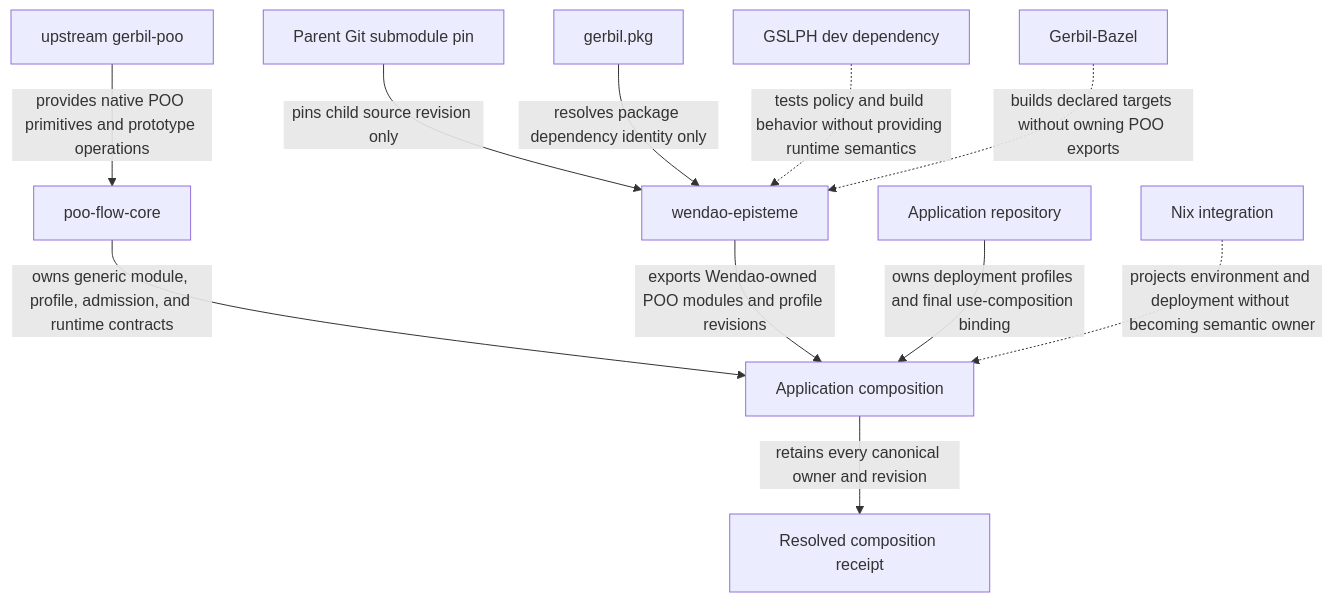
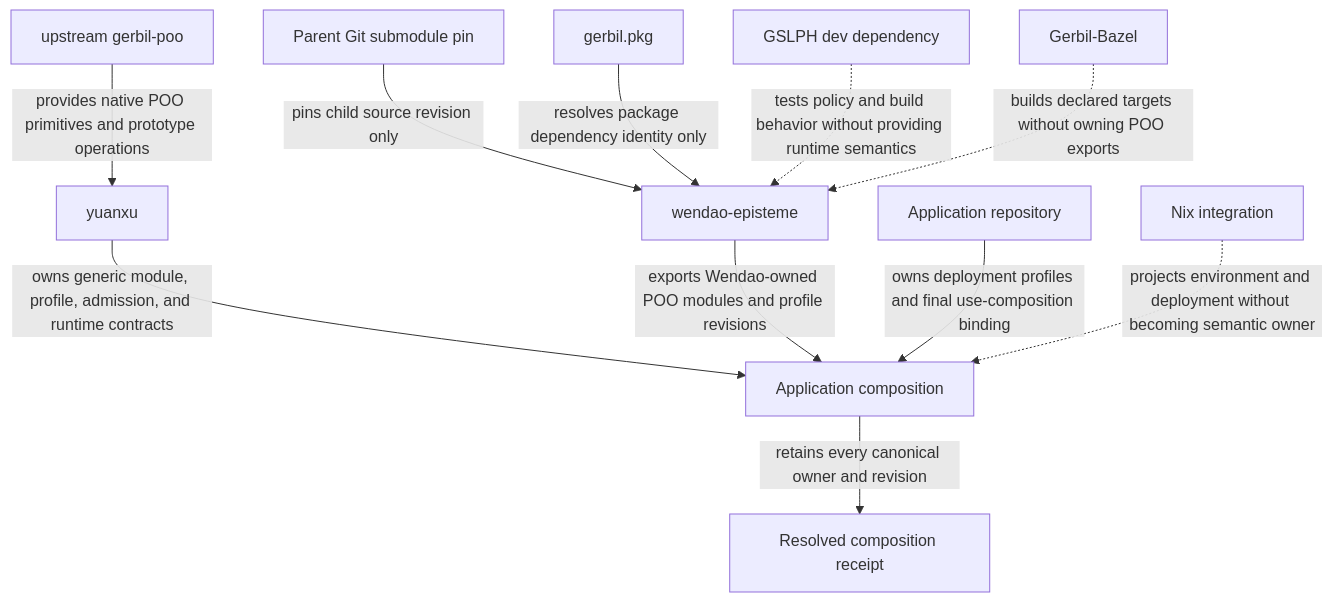
Before and after one commit to tao3k/gebril-yuanxu: the second of 3 diagrams in module-system/design/45-111-profile-ownership-naming-export-identity-and-composition-repository-boundaries.org, drawn with Mermaid. The commit also changed other lines of this file and 114 other files, not shown here.

```diff
--- a/module-system/design/45-111-profile-ownership-naming-export-identity-and-composition-repository-boundaries.org
+++ b/module-system/design/45-111-profile-ownership-naming-export-identity-and-composition-repository-boundaries.org
@@ -424,13 +424,13 @@
 #+begin_src mermaid
 flowchart TD
-  GP["upstream gerbil-poo"] -->|"provides native POO primitives and prototype operations"| PC["poo-flow-core"]
+  GP["upstream gerbil-poo"] -->|"provides native POO primitives and prototype operations"| PC["yuanxu"]
   PC -->|"owns generic module, profile, admission, and runtime contracts"| APP["Application composition"]
   WE["wendao-episteme"] -->|"exports Wendao-owned POO modules and profile revisions"| APP
   AR["Application repository"] -->|"owns deployment profiles and final use-composition binding"| APP
   SUB["Parent Git submodule pin"] -->|"pins child source revision only"| WE
   GPKG["gerbil.pkg"] -->|"resolves package dependency identity only"| WE
   GSLPH["GSLPH dev dependency"] -.->|"tests policy and build behavior without providing runtime semantics"| WE
   GB["Gerbil-Bazel"] -.->|"builds declared targets without owning POO exports"| WE
   NIX["Nix integration"] -.->|"projects environment and deployment without becoming semantic owner"| APP
   APP -->|"retains every canonical owner and revision"| RC["Resolved composition receipt"]
 #+end_src
```
